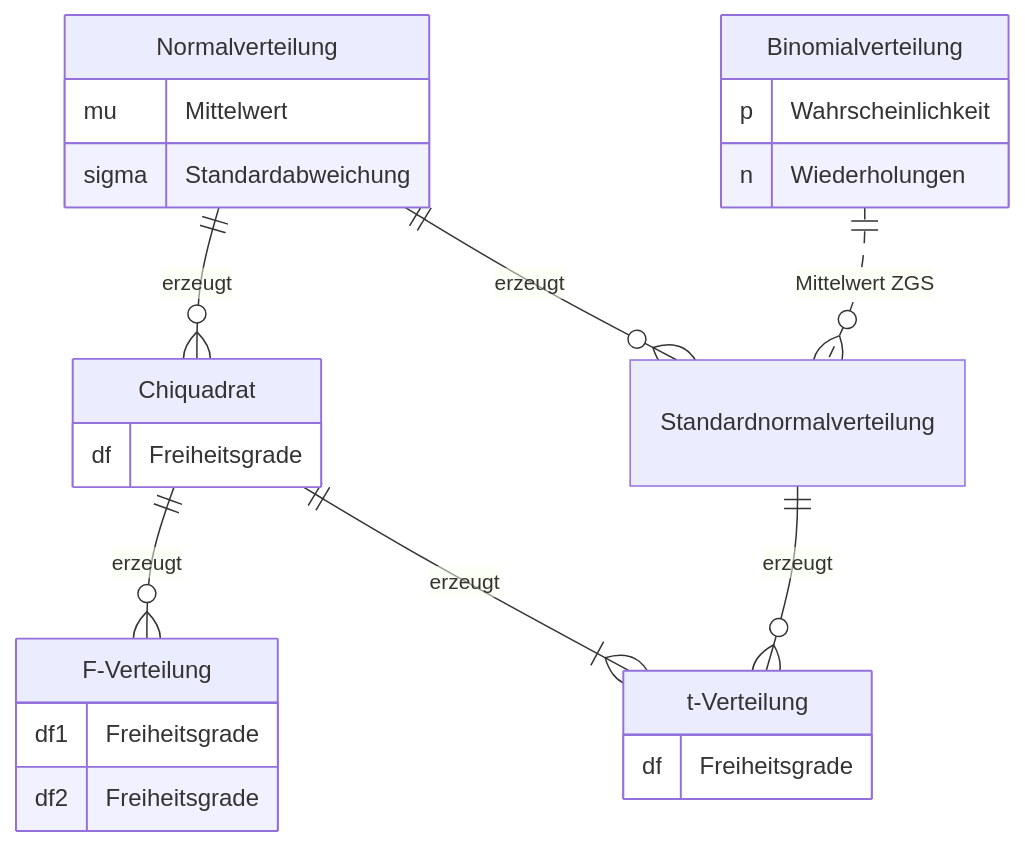
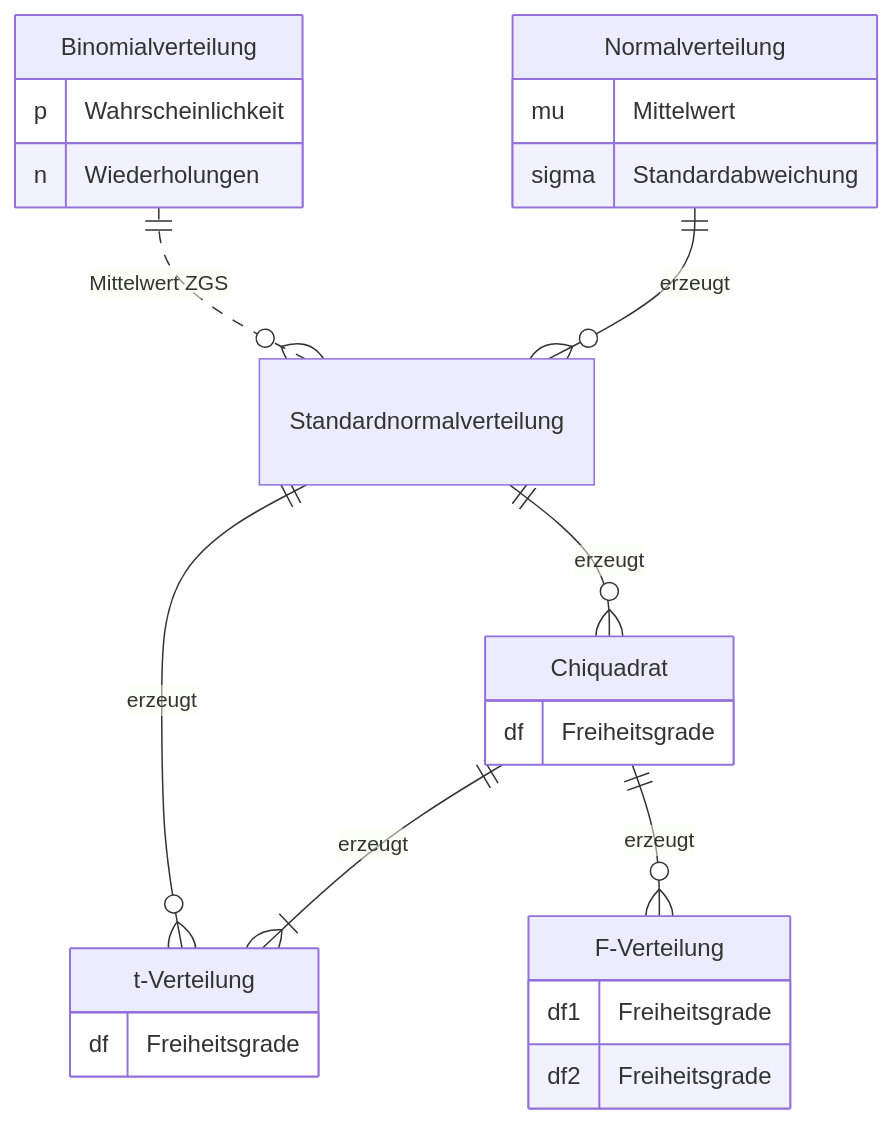
One commit to robertreingit/skriptum changed the third of 3 diagrams in stats_distributions.qmd. Above: the diagram before and after it, drawn with Mermaid. The commit also changed other lines of this file and 6 other files, not shown here.

````diff
--- a/stats_distributions.qmd
+++ b/stats_distributions.qmd
@@ -904,31 +932,31 @@
 ```{mermaid}
 %%| fig-cap: "Zusammenhang der verschiedenen Verteilungen"
 %%| label: fig-stats-dist-distributions
 
 erDiagram
-    Normalverteilung ||--o{ Chiquadrat : erzeugt
     Normalverteilung {
         mu Mittelwert
         sigma Standardabweichung
     }
     Chiquadrat ||--o{ F-Verteilung : erzeugt
     Chiquadrat {
         df Freiheitsgrade
     }
     Binomialverteilung ||..o{ Standardnormalverteilung: "Mittelwert ZGS" 
     F-Verteilung {
         df1 Freiheitsgrade
         df2 Freiheitsgrade
     }
     Normalverteilung ||--o{ Standardnormalverteilung : "erzeugt"
     Standardnormalverteilung ||--o{ t-Verteilung : erzeugt
+    Standardnormalverteilung ||--o{ Chiquadrat : erzeugt
     Chiquadrat ||--|{ t-Verteilung : erzeugt
     t-Verteilung {
         df Freiheitsgrade
     }
     Binomialverteilung {
         p Wahrscheinlichkeit
         n Wiederholungen
     }
    
 ```
````
